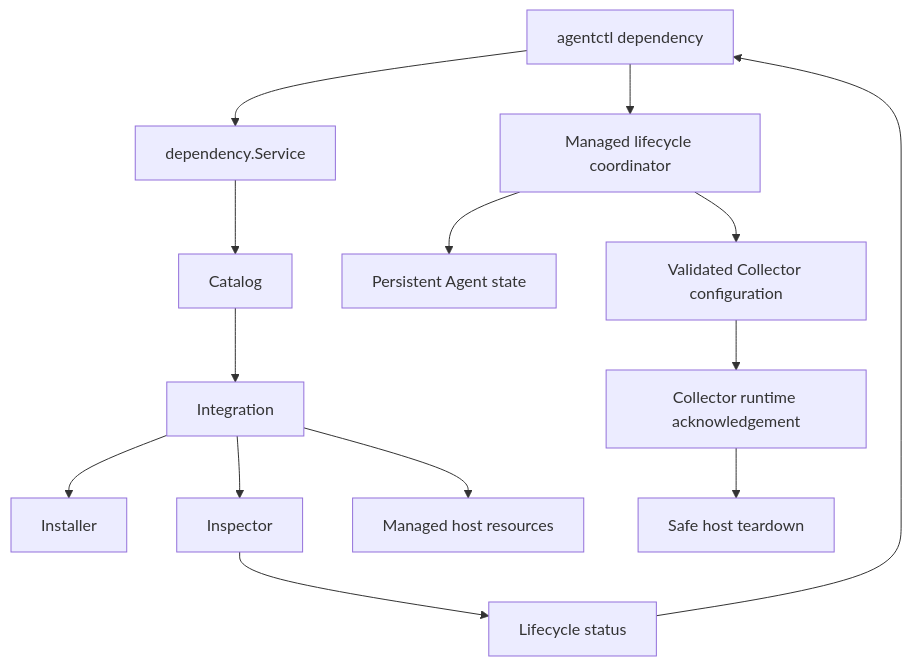
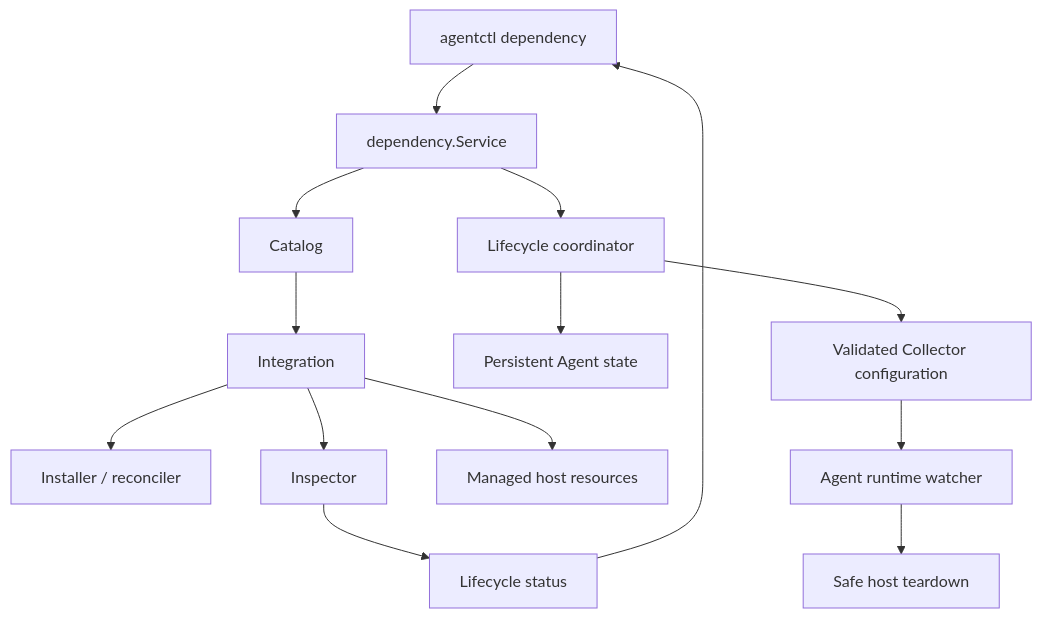
Before and after one commit to AR-IMMS/telemetry-agent: the first of 2 diagrams in docs/architecture/managed-dependency-lifecycle.md, drawn with Mermaid. The commit also changed other lines of this file and 4 other files, not shown here.

````diff
--- a/docs/architecture/managed-dependency-lifecycle.md
+++ b/docs/architecture/managed-dependency-lifecycle.md
@@ -8,20 +9,19 @@
 ```mermaid
 flowchart TD
     CLI["agentctl dependency"] --> Service["dependency.Service"]
-    CLI --> Lifecycle["Managed lifecycle coordinator"]
-
     Service --> Catalog["Catalog"]
     Catalog --> Integration["Integration"]
 
-    Integration --> Installer["Installer"]
+    Integration --> Installer["Installer / reconciler"]
     Integration --> Inspector["Inspector"]
     Integration --> Host["Managed host resources"]
 
+    Service --> Lifecycle["Lifecycle coordinator"]
     Lifecycle --> State["Persistent Agent state"]
     Lifecycle --> Config["Validated Collector configuration"]
-    Config --> Runtime["Collector runtime acknowledgement"]
+    Config --> Runtime["Agent runtime watcher"]
     Runtime --> Teardown["Safe host teardown"]
 
     Inspector --> Status["Lifecycle status"]
     Status --> CLI
 ```
````
